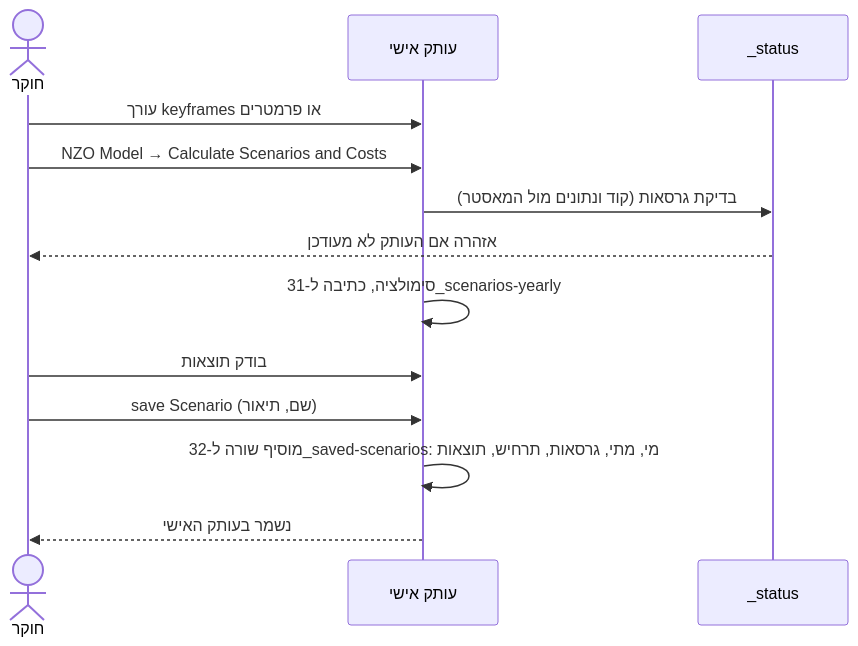
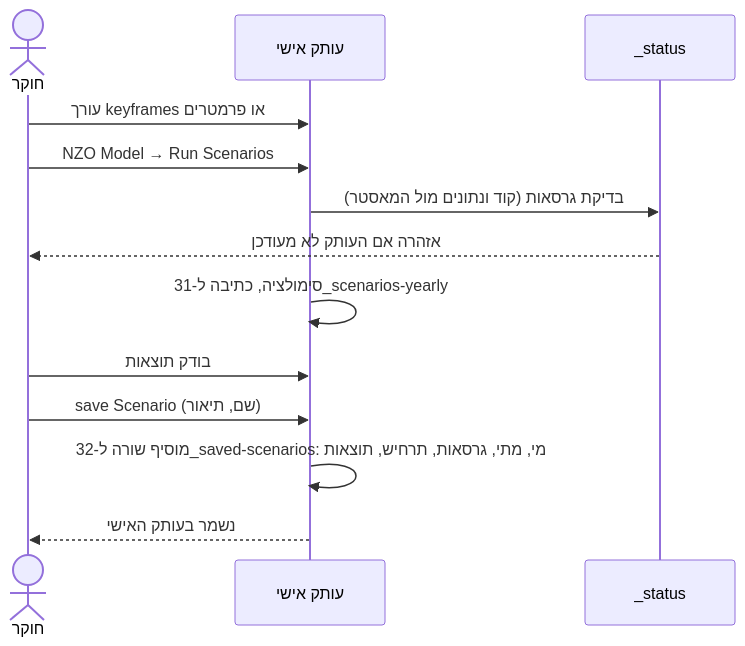
The third of 5 diagrams in docs/NZO_collaboration_design.md (NZO-ENERGY-THINK-TANK/nzo_model), drawn with Mermaid before and after one commit. The commit also changed 14 other files, not shown here.

First line of the commit message:
Add 32_scenarios-charts tab, rename menu action to Run Scenarios

````diff
--- a/docs/NZO_collaboration_design.md
+++ b/docs/NZO_collaboration_design.md
@@ -112,16 +112,16 @@
 ```mermaid
 sequenceDiagram
     actor R as חוקר
     participant C as עותק אישי
     participant S as _status
 
     R->>C: עורך keyframes או פרמטרים
-    R->>C: NZO Model → Calculate Scenarios and Costs
+    R->>C: NZO Model → Run Scenarios
     C->>S: בדיקת גרסאות (קוד ונתונים מול המאסטר)
     S-->>R: אזהרה אם העותק לא מעודכן
     C->>C: סימולציה, כתיבה ל-31_scenarios-yearly
     R->>C: בודק תוצאות
     R->>C: save Scenario (שם, תיאור)
     C->>C: מוסיף שורה ל-32_saved-scenarios: מי, מתי, גרסאות, תרחיש, תוצאות
     C-->>R: נשמר בעותק האישי
 ```
````
